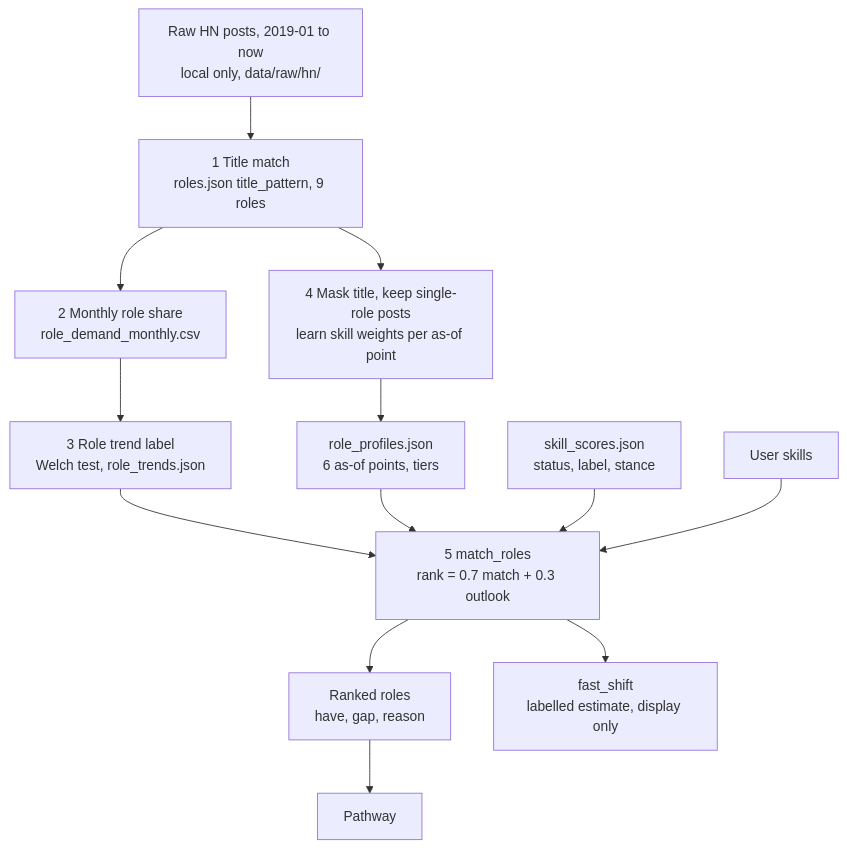
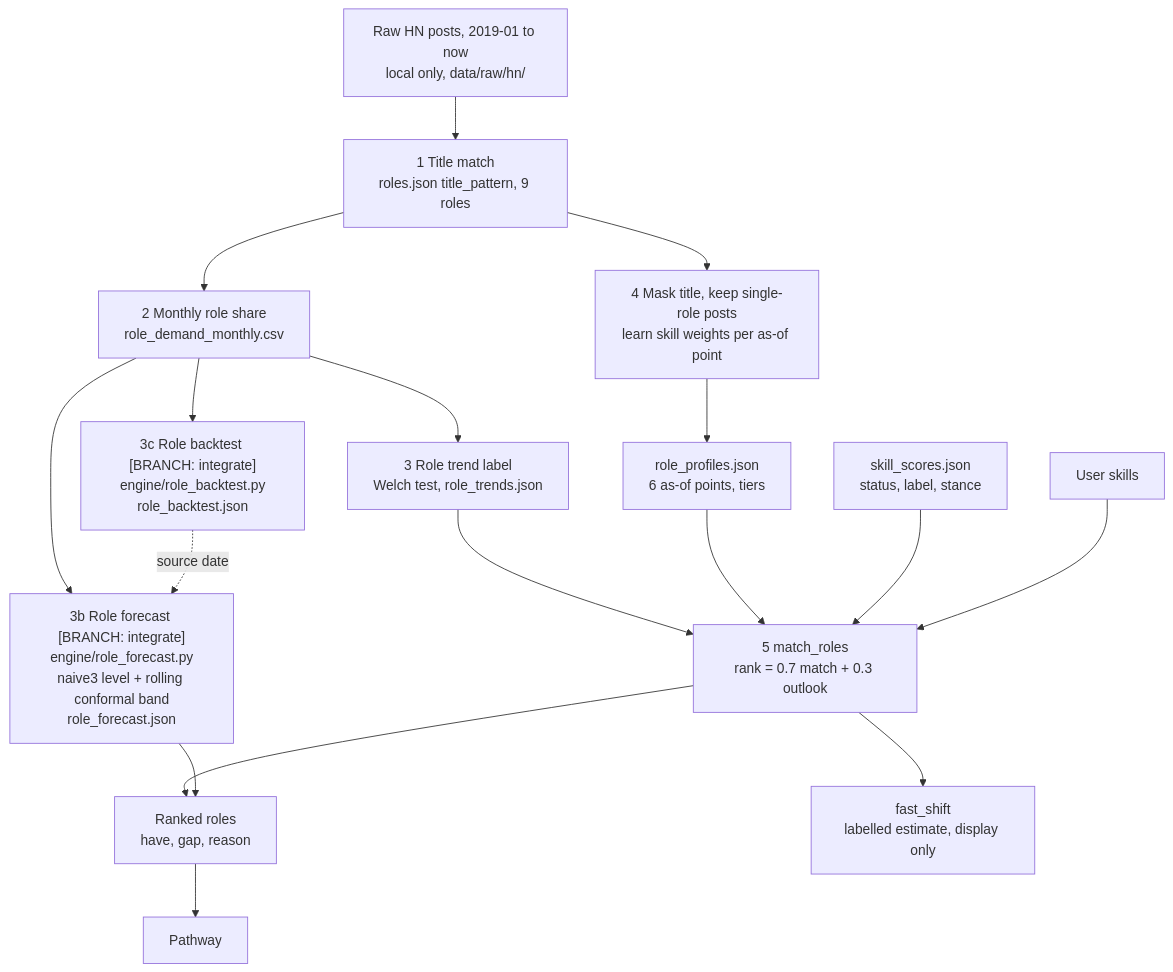
One commit to TayEeZhan/varity changed the eighth of 9 diagrams in docs/architecture.md. Above: the diagram before and after it, drawn with Mermaid. The commit also changed other lines of this file and 2 other files, not shown here.

First line of the commit message:
Wire SDG goal, MyCOL badges and role forecast into the journey

````diff
--- a/docs/architecture.md
+++ b/docs/architecture.md
@@ -412,15 +418,19 @@
 ```mermaid
 flowchart TB
     RAW["Raw HN posts, 2019-01 to now<br/>local only, data/raw/hn/"] --> A["1 Title match<br/>roles.json title_pattern, 9 roles"]
     A --> B["2 Monthly role share<br/>role_demand_monthly.csv"]
     B --> C["3 Role trend label<br/>Welch test, role_trends.json"]
+    B --> R["3b Role forecast [BRANCH: integrate]<br/>engine/role_forecast.py<br/>naive3 level + rolling conformal band<br/>role_forecast.json"]
+    B --> RB["3c Role backtest [BRANCH: integrate]<br/>engine/role_backtest.py<br/>role_backtest.json"]
+    RB -. "source date" .-> R
     A --> D["4 Mask title, keep single-role posts<br/>learn skill weights per as-of point"]
     D --> E["role_profiles.json<br/>6 as-of points, tiers"]
     C --> F["5 match_roles<br/>rank = 0.7 match + 0.3 outlook"]
     E --> F
     SK["skill_scores.json<br/>status, label, stance"] --> F
     U["User skills"] --> F
     F --> G["Ranked roles<br/>have, gap, reason"]
+    R --> G
     F --> H["fast_shift<br/>labelled estimate, display only"]
     G --> PW["Pathway"]
 ```
````
